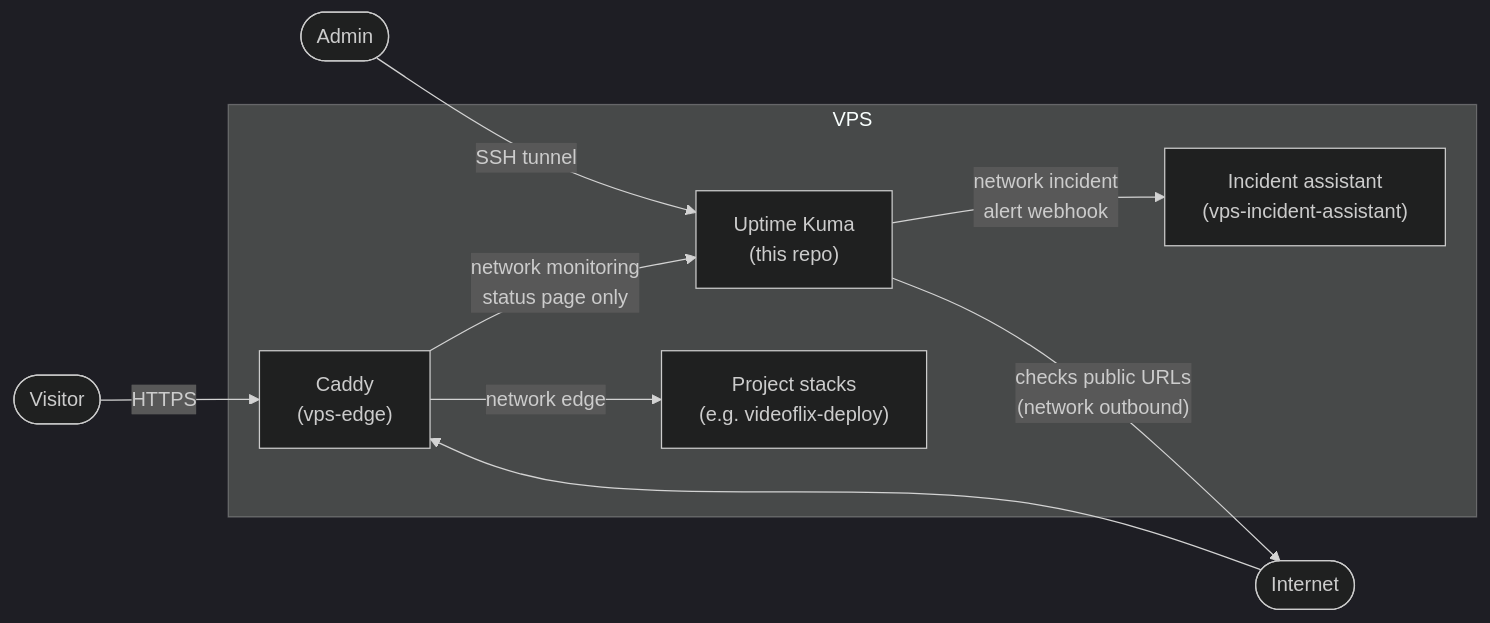
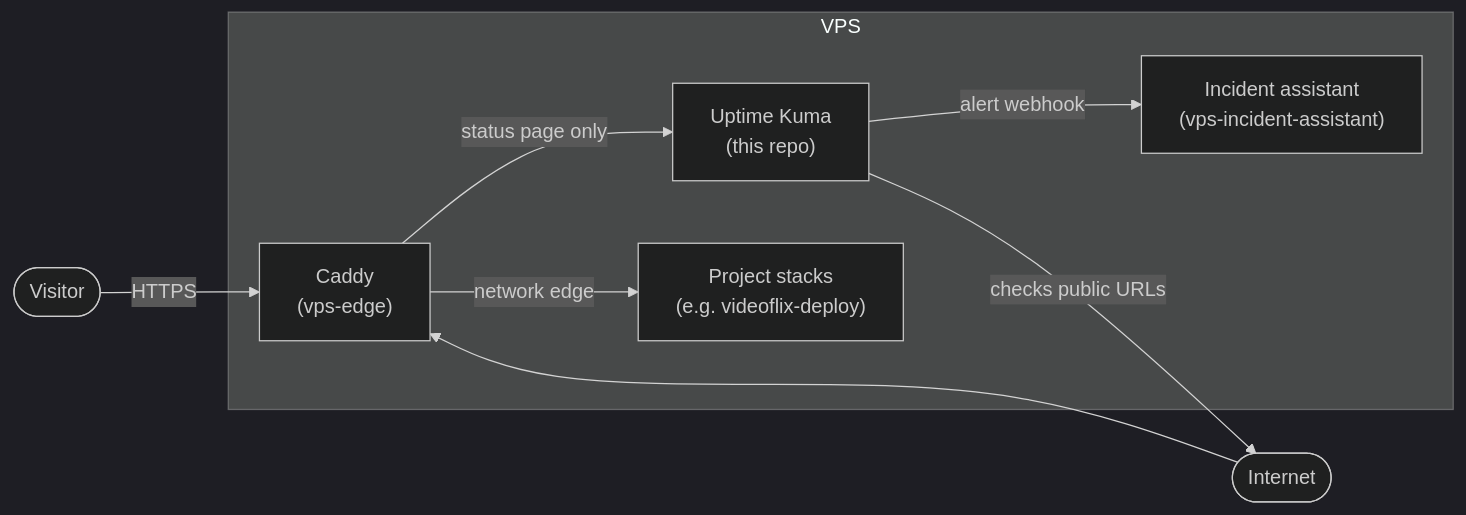
The diagram in README.md (PhilippKlinger/vps-monitoring), drawn with Mermaid (dark theme) before and after one commit. The commit also changed other lines of this file, not shown here.

````diff
--- a/README.md
+++ b/README.md
@@ -13,16 +20,15 @@
 ```mermaid
 flowchart LR
     visitor([Visitor]) -->|HTTPS| caddy
-    admin([Admin]) -->|SSH tunnel| kuma
     subgraph vps [VPS]
         caddy["Caddy<br/>(vps-edge)"]
         kuma["Uptime Kuma<br/>(this repo)"]
         incident["Incident assistant<br/>(vps-incident-assistant)"]
         apps["Project stacks<br/>(e.g. videoflix-deploy)"]
         caddy -- "network edge" --> apps
-        caddy -- "network monitoring<br/>status page only" --> kuma
-        kuma -- "network incident<br/>alert webhook" --> incident
+        caddy -- "status page only" --> kuma
+        kuma -- "alert webhook" --> incident
     end
-    kuma -->|"checks public URLs<br/>(network outbound)"| internet([Internet])
+    kuma -->|checks public URLs| internet([Internet])
     internet --> caddy
 ```
````
